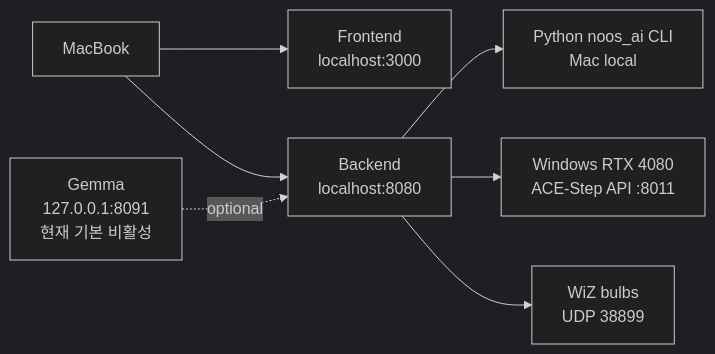
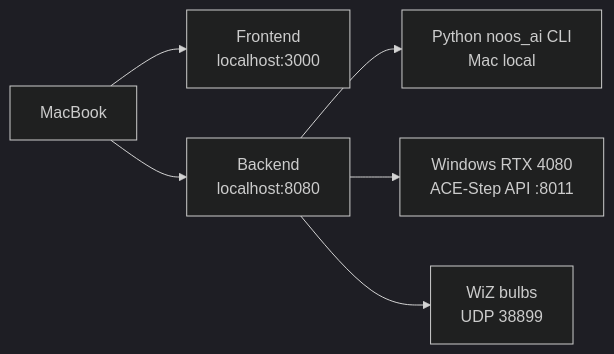
The diagram in docs/system-flow-diagrams/06-current-runtime-layout.mmd (soonha01/noosbeta260215), drawn with Mermaid (dark theme) before and after one commit. The commit also changed 373 other files, not shown here.

```diff
--- a/docs/system-flow-diagrams/06-current-runtime-layout.mmd
+++ b/docs/system-flow-diagrams/06-current-runtime-layout.mmd
@@ -1,7 +1,6 @@
 flowchart LR
   MAC["MacBook"] --> V["Frontend<br/>localhost:3000"]
   MAC --> S["Backend<br/>localhost:8080"]
   S --> PY["Python noos_ai CLI<br/>Mac local"]
   S --> WIN["Windows RTX 4080<br/>ACE-Step API :8011"]
   S --> BULB["WiZ bulbs<br/>UDP 38899"]
-  GEM["Gemma<br/>127.0.0.1:8091<br/>현재 기본 비활성"] -. optional .-> S
```
